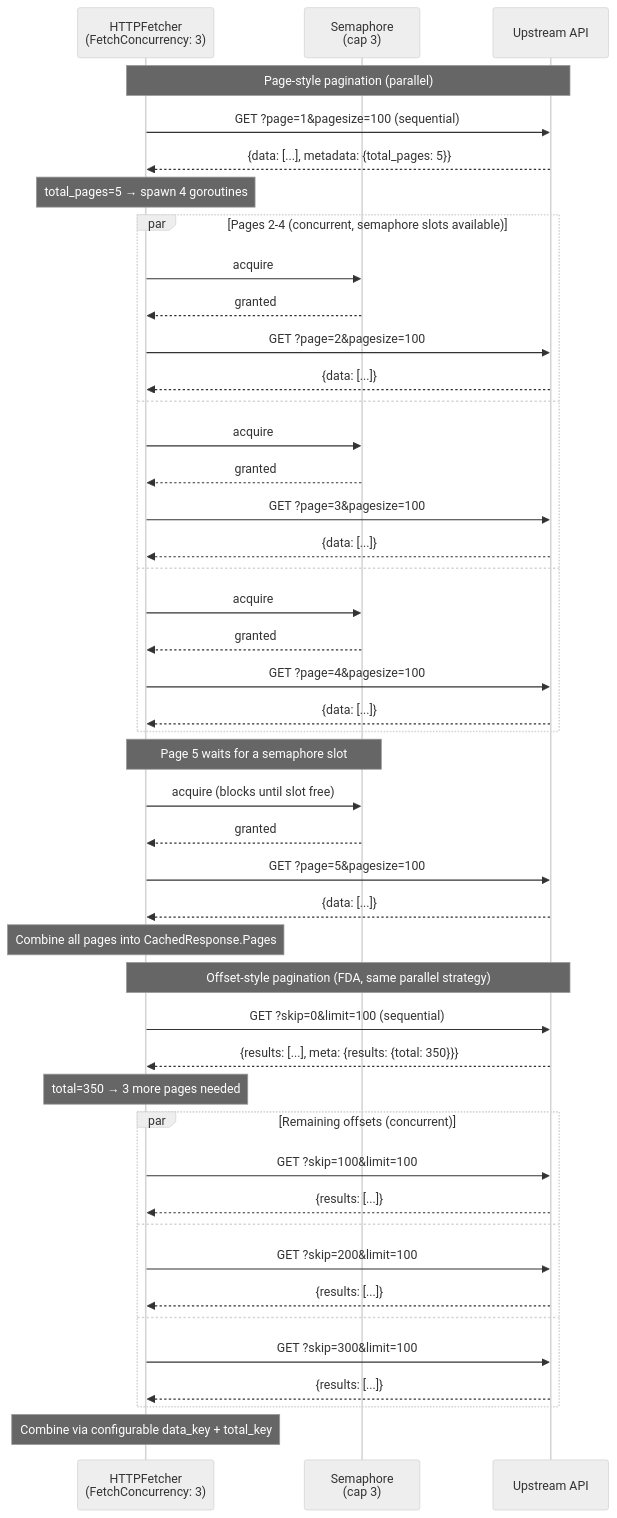
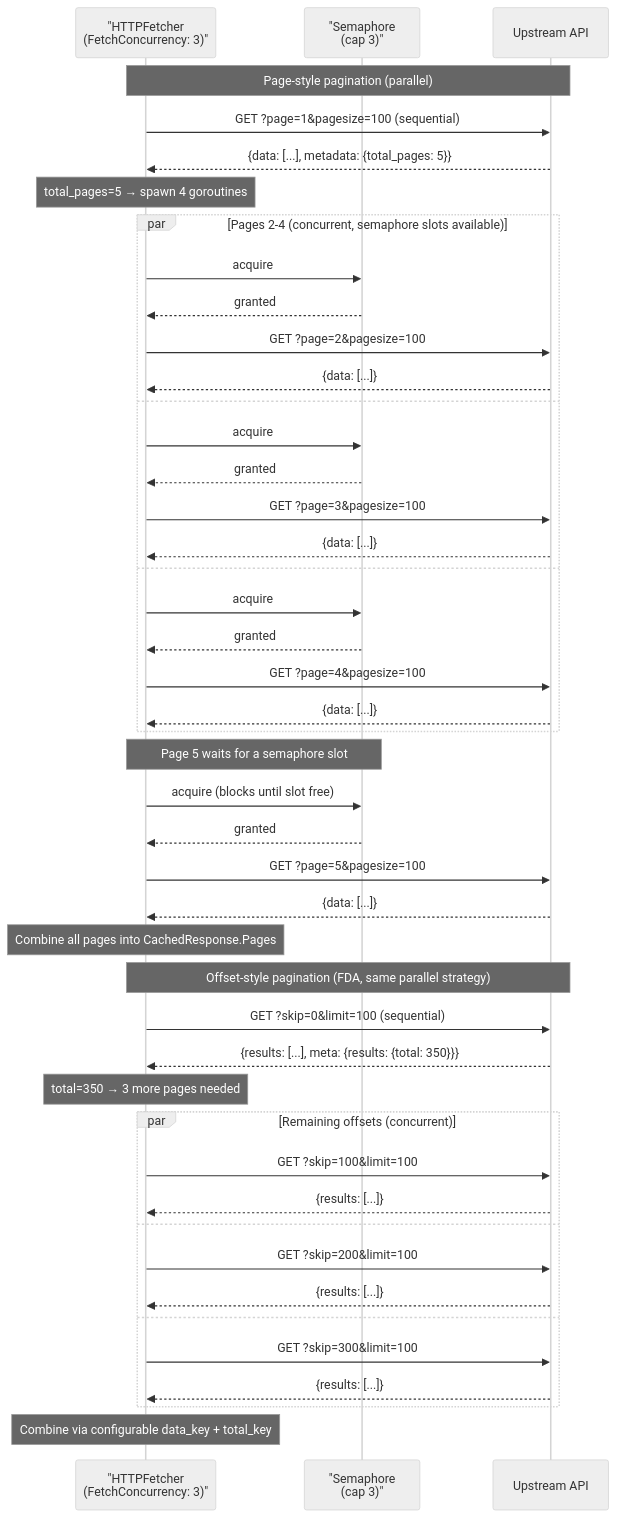
One commit to finish06/cash-drugs changed the eighth of 31 diagrams in docs/sequence-diagram.md. Above: the diagram before and after it, drawn with Mermaid (neutral theme). The commit also changed other lines of this file and 8 other files, not shown here.

````diff
--- a/docs/sequence-diagram.md
+++ b/docs/sequence-diagram.md
@@ -334,54 +334,54 @@
 ```mermaid
 sequenceDiagram
-    participant UF as HTTPFetcher<br/>(FetchConcurrency: 3)
-    participant SEM as Semaphore<br/>(cap 3)
+    participant UF as "HTTPFetcher<br/>(FetchConcurrency: 3)"
+    participant SEM as "Semaphore<br/>(cap 3)"
     participant API as Upstream API
 
     Note over UF,API: Page-style pagination (parallel)
     UF->>API: GET ?page=1&pagesize=100 (sequential)
     API-->>UF: {data: [...], metadata: {total_pages: 5}}
     Note over UF: total_pages=5 → spawn 4 goroutines
 
     par Pages 2-4 (concurrent, semaphore slots available)
         UF->>SEM: acquire
         SEM-->>UF: granted
         UF->>API: GET ?page=2&pagesize=100
         API-->>UF: {data: [...]}
     and
         UF->>SEM: acquire
         SEM-->>UF: granted
         UF->>API: GET ?page=3&pagesize=100
         API-->>UF: {data: [...]}
     and
         UF->>SEM: acquire
         SEM-->>UF: granted
         UF->>API: GET ?page=4&pagesize=100
         API-->>UF: {data: [...]}
     end
 
     Note over UF,SEM: Page 5 waits for a semaphore slot
     UF->>SEM: acquire (blocks until slot free)
     SEM-->>UF: granted
     UF->>API: GET ?page=5&pagesize=100
     API-->>UF: {data: [...]}
 
     Note over UF: Combine all pages into CachedResponse.Pages
 
     Note over UF,API: Offset-style pagination (FDA, same parallel strategy)
     UF->>API: GET ?skip=0&limit=100 (sequential)
     API-->>UF: {results: [...], meta: {results: {total: 350}}}
     Note over UF: total=350 → 3 more pages needed
 
     par Remaining offsets (concurrent)
         UF->>API: GET ?skip=100&limit=100
         API-->>UF: {results: [...]}
     and
         UF->>API: GET ?skip=200&limit=100
         API-->>UF: {results: [...]}
     and
         UF->>API: GET ?skip=300&limit=100
         API-->>UF: {results: [...]}
     end
 
     Note over UF: Combine via configurable data_key + total_key
 ```
````
